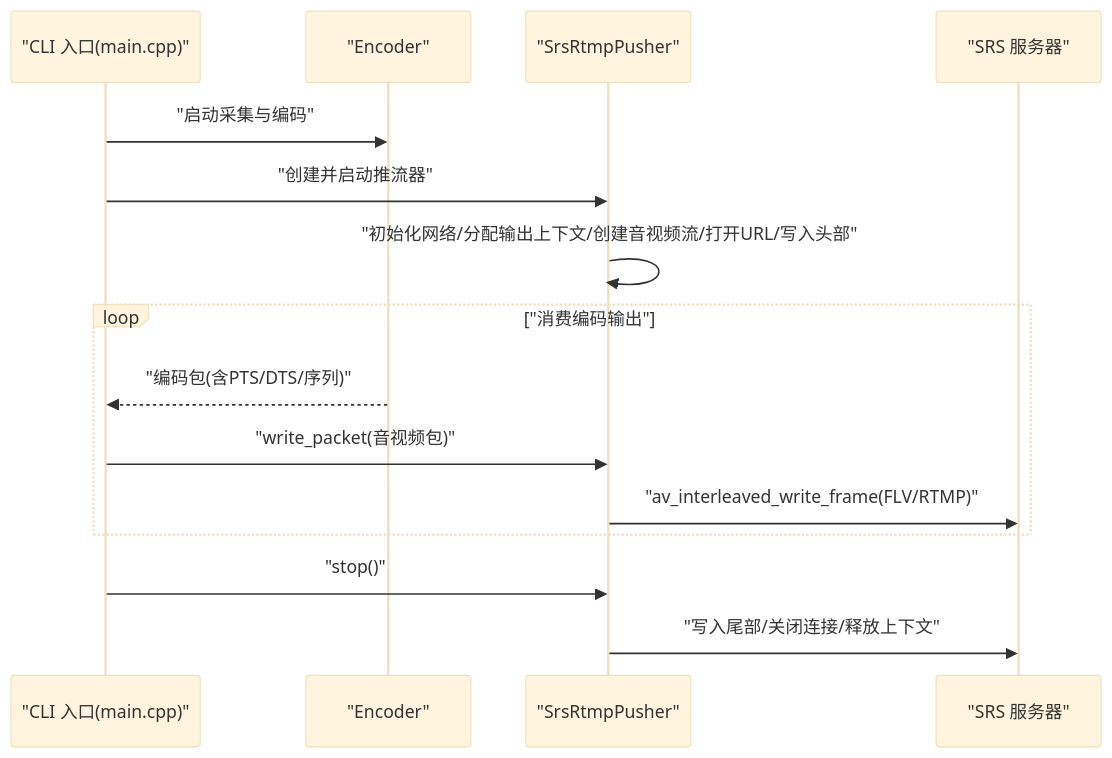
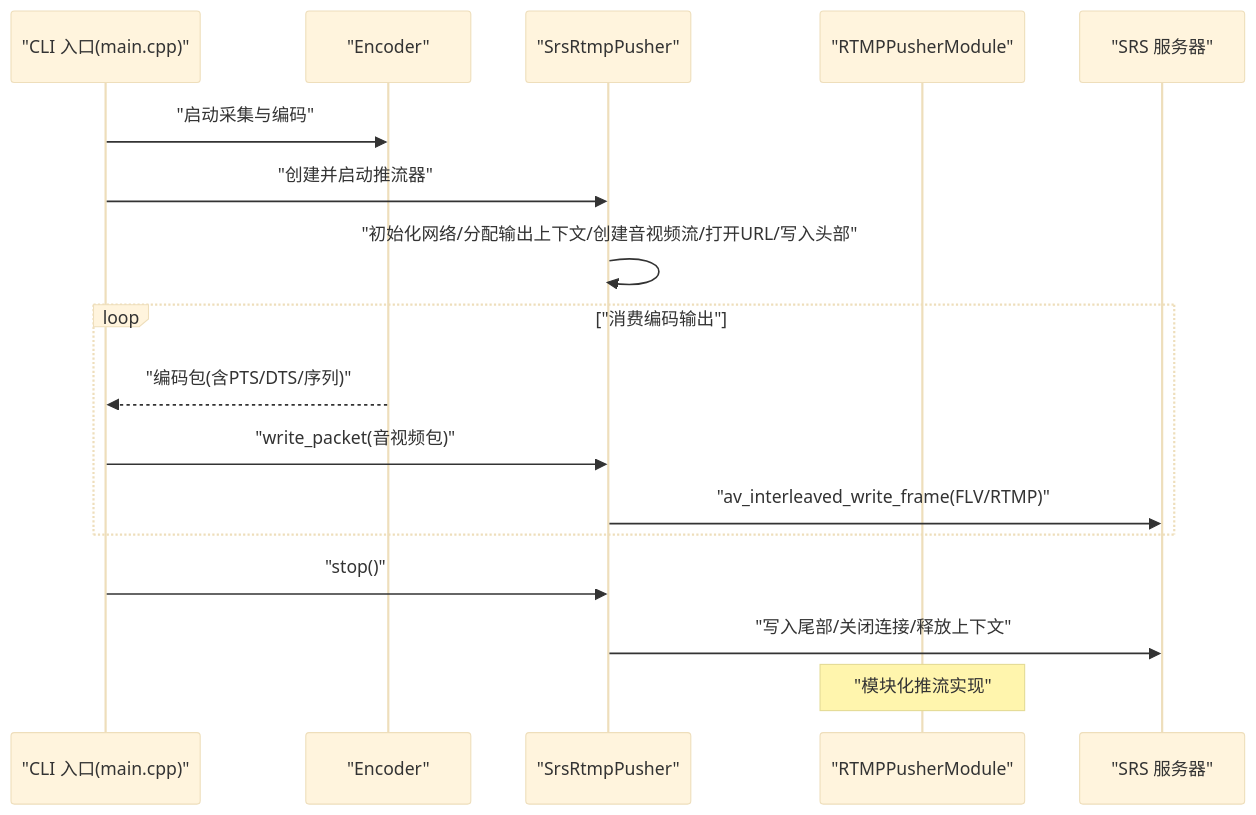
The second of 8 diagrams in .qoder/repowiki/zh/content/命令行工具集/RTMP 推流工具.md (tsxuehu/pi-guard), drawn with Mermaid (base theme) before and after one commit. The commit also changed other lines of this file and 7 other files, not shown here.

````diff
--- a/.qoder/repowiki/zh/content/命令行工具集/RTMP 推流工具.md
+++ b/.qoder/repowiki/zh/content/命令行工具集/RTMP 推流工具.md
@@ -111,17 +131,19 @@
 ```mermaid
 sequenceDiagram
 participant CLI as "CLI 入口(main.cpp)"
 participant ENC as "Encoder"
 participant PUSH as "SrsRtmpPusher"
+participant RTMP as "RTMPPusherModule"
 participant SRS as "SRS 服务器"
 CLI->>ENC : "启动采集与编码"
 CLI->>PUSH : "创建并启动推流器"
 PUSH->>PUSH : "初始化网络/分配输出上下文/创建音视频流/打开URL/写入头部"
 loop "消费编码输出"
 ENC-->>CLI : "编码包(含PTS/DTS/序列)"
 CLI->>PUSH : "write_packet(音视频包)"
 PUSH->>SRS : "av_interleaved_write_frame(FLV/RTMP)"
 end
 CLI->>PUSH : "stop()"
 PUSH->>SRS : "写入尾部/关闭连接/释放上下文"
+Note over RTMP : "模块化推流实现"
 ```
````
